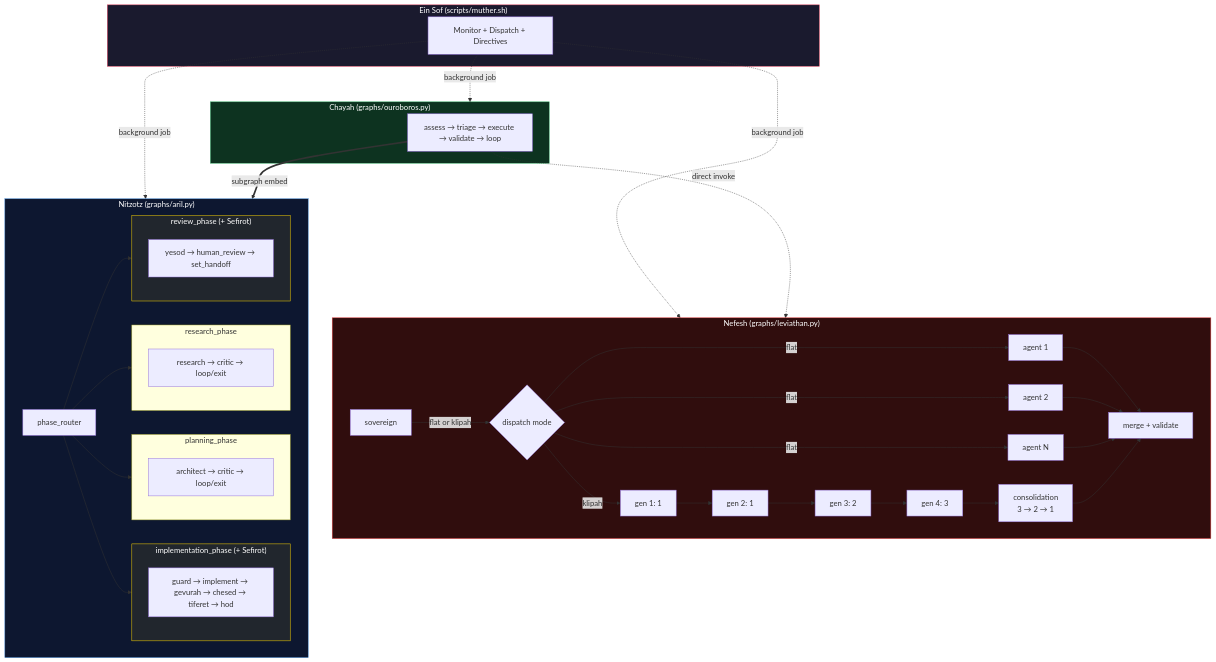
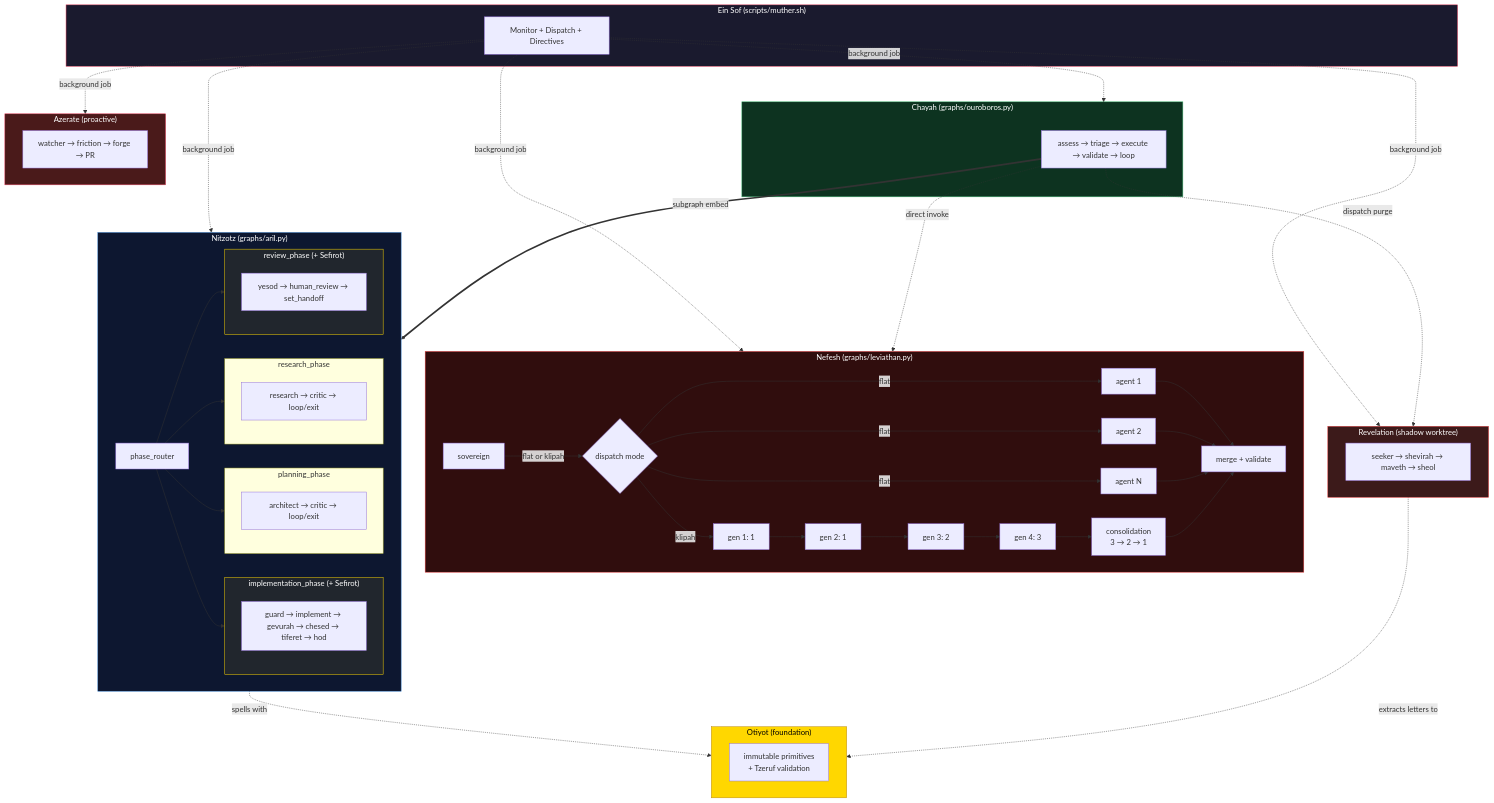
One commit to fsocietydisobey/genesis changed diagram 13 of 14 in tasks/architecture-patterns.md. Above: the diagram before and after it, drawn with Mermaid. The commit also changed other lines of this file and 2 other files, not shown here.

First line of the commit message:
add Otiyot, Revelation, Azerate to all architecture docs and genesis story

````diff
--- a/tasks/architecture-patterns.md
+++ b/tasks/architecture-patterns.md
@@ -582,56 +719,77 @@
 ```mermaid
 flowchart TB
     subgraph EinSof_L["Ein Sof (scripts/muther.sh)"]
         MU["Monitor + Dispatch + Directives"]
     end
 
     subgraph Chayah_L["Chayah (graphs/ouroboros.py)"]
         OL["assess → triage → execute → validate → loop"]
     end
 
     subgraph Nitzotz_L["Nitzotz (graphs/aril.py)"]
         AL["phase_router"]
 
         subgraph Research["research_phase"]
             RP["research → critic → loop/exit"]
         end
         subgraph Planning["planning_phase"]
             PP["architect → critic → loop/exit"]
         end
         subgraph Implementation["implementation_phase (+ Sefirot)"]
             IP["guard → implement → gevurah → chesed → tiferet → hod"]
         end
         subgraph Review["review_phase (+ Sefirot)"]
             VP["yesod → human_review → set_handoff"]
         end
 
         AL --> Research
         AL --> Planning
         AL --> Implementation
         AL --> Review
     end
 
     subgraph Nefesh_L["Nefesh (graphs/leviathan.py)"]
         SV["sovereign"] -->|"flat or klipah"| DM{dispatch mode}
         DM -->|"flat"| AG1["agent 1"] & AG2["agent 2"] & AGN["agent N"]
         DM -->|"klipah"| FG1["gen 1: 1"] --> FG2["gen 2: 1"] --> FG3["gen 3: 2"] --> FG4["gen 4: 3"]
         AG1 --> MG["merge + validate"]
         AG2 --> MG
         AGN --> MG
         FG4 --> FC["consolidation<br/>3 → 2 → 1"]
         FC --> MG
     end
 
     MU -.->|"background job"| Chayah_L
     MU -.->|"background job"| Nefesh_L
     MU -.->|"background job"| Nitzotz_L
+    MU -.->|"background job"| Rev_L
+    MU -.->|"background job"| Az_L
     OL ==>|"subgraph embed"| Nitzotz_L
     OL -.->|"direct invoke"| Nefesh_L
+    OL -.->|"dispatch purge"| Rev_L
+
+    subgraph Rev_L["Revelation (shadow worktree)"]
+        RV["seeker → shevirah → maveth → sheol"]
+    end
+
+    subgraph Az_L["Azerate (proactive)"]
+        AZ["watcher → friction → forge → PR"]
+    end
+
+    subgraph Otiyot_L["Otiyot (foundation)"]
+        OTL["immutable primitives<br/>+ Tzeruf validation"]
+    end
+
+    Nitzotz_L -.->|"spells with"| Otiyot_L
+    Rev_L -.->|"extracts letters to"| Otiyot_L
 
     style EinSof_L fill:#1a1a2e,stroke:#e94560,color:#fff
     style Chayah_L fill:#0d3320,stroke:#48bb78,color:#fff
     style Nitzotz_L fill:#0d1730,stroke:#4a90d9,color:#fff
     style Nefesh_L fill:#300d0d,stroke:#e53e3e,color:#fff
     style Implementation fill:#21262d,stroke:#ffd700,color:#fff
     style Review fill:#21262d,stroke:#ffd700,color:#fff
+    style Rev_L fill:#3c1a1a,stroke:#e53e3e,color:#fff
+    style Az_L fill:#4a1a1a,stroke:#e94560,color:#fff
+    style Otiyot_L fill:#ffd700,stroke:#b8860b,color:#000
 ```
````
